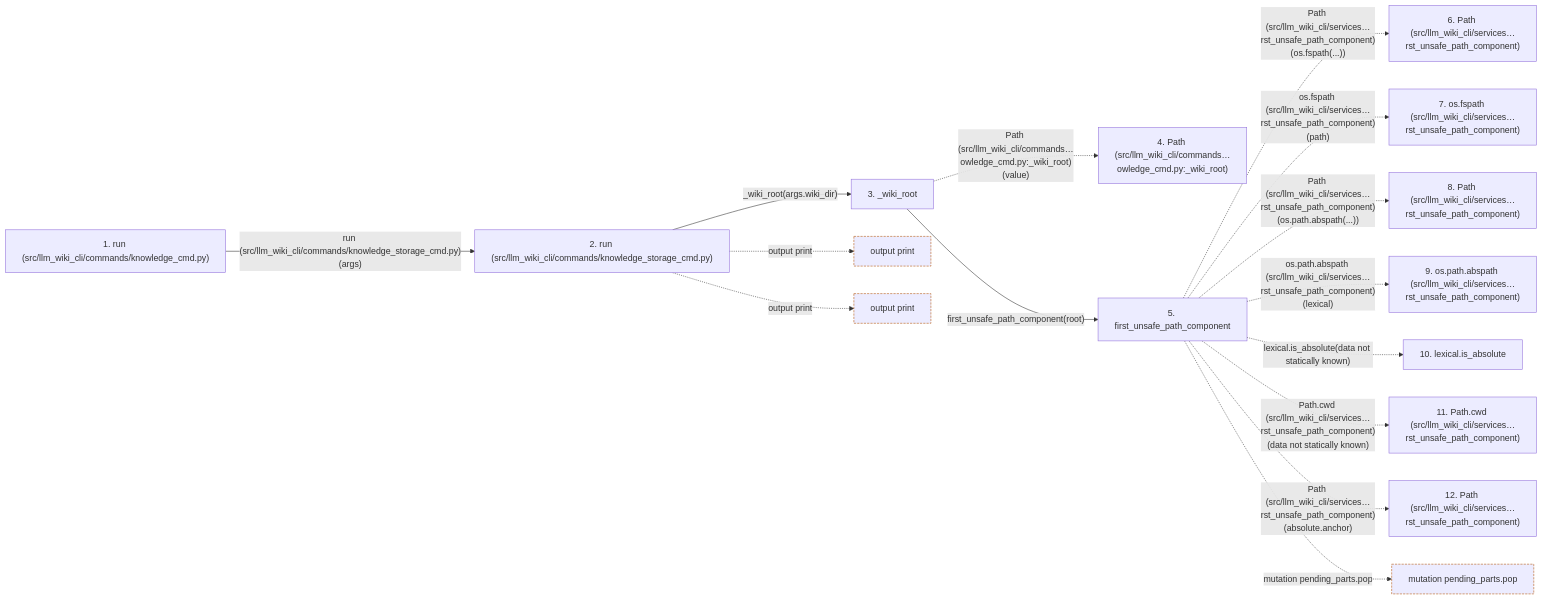
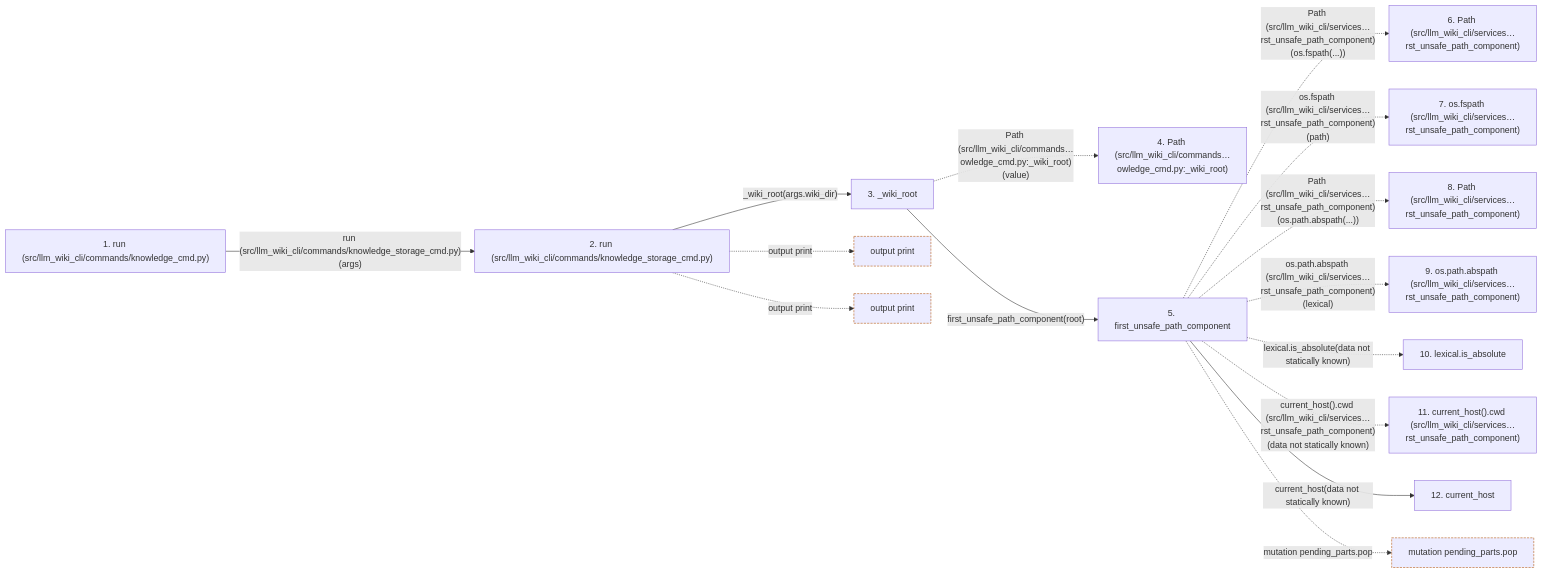
Before and after one commit to Denissvgn/python-wiki-llm: the second of 2 diagrams in docs/llm_wiki/flows/api-run-knowledge_cmd.md, drawn with Mermaid. The commit also changed other lines of this file and 1555 other files, not shown here.

````diff
--- a/docs/llm_wiki/flows/api-run-knowledge_cmd.md
+++ b/docs/llm_wiki/flows/api-run-knowledge_cmd.md
@@ -210,40 +217,41 @@
 ```mermaid
 flowchart LR
     s1["1. run (src/llm_wiki_cli/commands/knowledge_cmd.py)"]
     s2["2. run (src/llm_wiki_cli/commands/knowledge_storage_cmd.py)"]
     s3["3. _wiki_root"]
     s4["4. Path (src/llm_wiki_cli/commands…owledge_cmd.py:_wiki_root)"]
     s5["5. first_unsafe_path_component"]
     s6["6. Path (src/llm_wiki_cli/services…rst_unsafe_path_component)"]
     s7["7. os.fspath (src/llm_wiki_cli/services…rst_unsafe_path_component)"]
     s8["8. Path (src/llm_wiki_cli/services…rst_unsafe_path_component)"]
     s9["9. os.path.abspath (src/llm_wiki_cli/services…rst_unsafe_path_component)"]
     s10["10. lexical.is_absolute"]
-    s11["11. Path.cwd (src/llm_wiki_cli/services…rst_unsafe_path_component)"]
-    s12["12. Path (src/llm_wiki_cli/services…rst_unsafe_path_component)"]
+    s11["11. current_host().cwd (src/llm_wiki_cli/services…rst_unsafe_path_component)"]
+    s12["12. current_host"]
     s1 -->|"run (src/llm_wiki_cli/commands/knowledge_storage_cmd.py)(args)"| s2
     s2 -->|"_wiki_root(args.wiki_dir)"| s3
     s3 -. "Path (src/llm_wiki_cli/commands…owledge_cmd.py:_wiki_root)(value)" .-> s4
     s3 -->|"first_unsafe_path_component(root)"| s5
     s5 -. "Path (src/llm_wiki_cli/services…rst_unsafe_path_component)(os.fspath(...))" .-> s6
     s5 -. "os.fspath (src/llm_wiki_cli/services…rst_unsafe_path_component)(path)" .-> s7
     s5 -. "Path (src/llm_wiki_cli/services…rst_unsafe_path_component)(os.path.abspath(...))" .-> s8
     s5 -. "os.path.abspath (src/llm_wiki_cli/services…rst_unsafe_path_component)(lexical)" .-> s9
     s5 -. "lexical.is_absolute(data not statically known)" .-> s10
-    s5 -. "Path.cwd (src/llm_wiki_cli/services…rst_unsafe_path_component)(data not statically known)" .-> s11
-    s5 -. "Path (src/llm_wiki_cli/services…rst_unsafe_path_component)(absolute.anchor)" .-> s12
+    s5 -. "current_host().cwd (src/llm_wiki_cli/services…rst_unsafe_path_component)(data not statically known)" .-> s11
+    s5 -->|"current_host(data not statically known)"| s12
     b0["output print"]
     s2 -. "output print" .-> b0
     b1["output print"]
     s2 -. "output print" .-> b1
     b2["mutation pending_parts.pop"]
     s5 -. "mutation pending_parts.pop" .-> b2
     click s1 "../modules/knowledge_cmd.md"
     click s2 "../modules/knowledge_storage_cmd.md"
     click s3 "../modules/knowledge_cmd.md"
     click s5 "../modules/io.md"
+    click s12 "../modules/host.md"
     classDef boundary stroke:#b45309,stroke-dasharray: 4 2
     class b0 boundary
     class b1 boundary
     class b2 boundary
 ```
````
